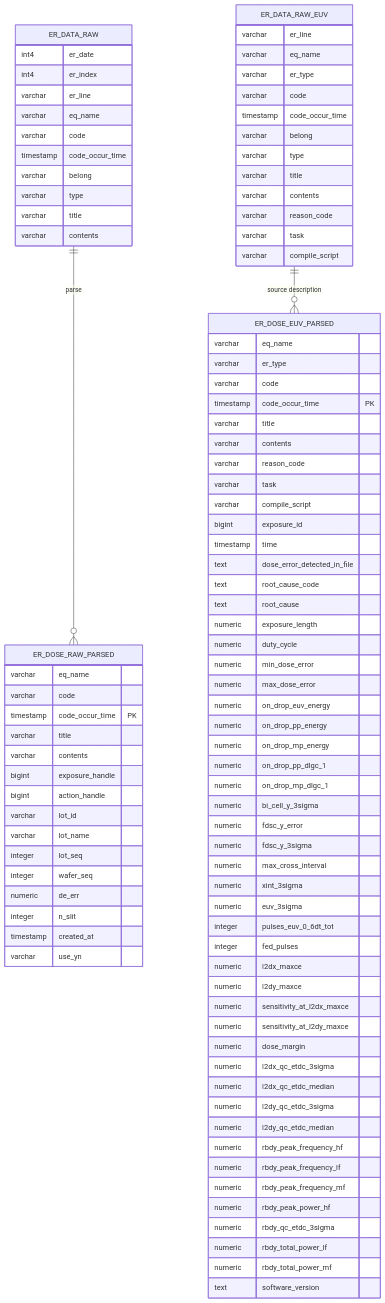
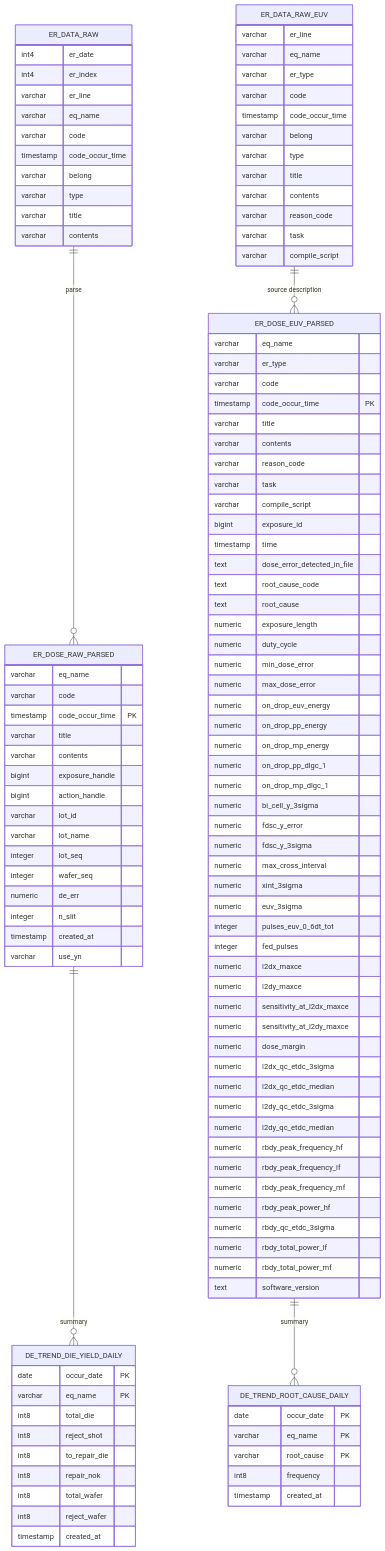
The diagram in ER_DOSE_ERROR.md (junho0831/PythonStudy), drawn with Mermaid before and after one commit. The commit also changed other lines of this file and 4 other files, not shown here.

Commit message:
docs: update ER Dose Error documentation, DDLs, and draw.io flow diagram

````diff
--- a/ER_DOSE_ERROR.md
+++ b/ER_DOSE_ERROR.md
@@ -41,7 +47,9 @@
 ```mermaid
 erDiagram
     ER_DATA_RAW ||--o{ ER_DOSE_RAW_PARSED : "parse"
+    ER_DOSE_RAW_PARSED ||--o{ DE_TREND_DIE_YIELD_DAILY : "summary"
     ER_DATA_RAW_EUV ||--o{ ER_DOSE_EUV_PARSED : "source description"
+    ER_DOSE_EUV_PARSED ||--o{ DE_TREND_ROOT_CAUSE_DAILY : "summary"
 
     ER_DATA_RAW {
         int4 er_date
@@ -139,4 +147,24 @@
         numeric rbdy_total_power_mf
         text software_version
     }
+
+    DE_TREND_DIE_YIELD_DAILY {
+        date occur_date PK
+        varchar eq_name PK
+        int8 total_die
+        int8 reject_shot
+        int8 to_repair_die
+        int8 repair_nok
+        int8 total_wafer
+        int8 reject_wafer
+        timestamp created_at
+    }
+
+    DE_TREND_ROOT_CAUSE_DAILY {
+        date occur_date PK
+        varchar eq_name PK
+        varchar root_cause PK
+        int8 frequency
+        timestamp created_at
+    }
 ```
````
